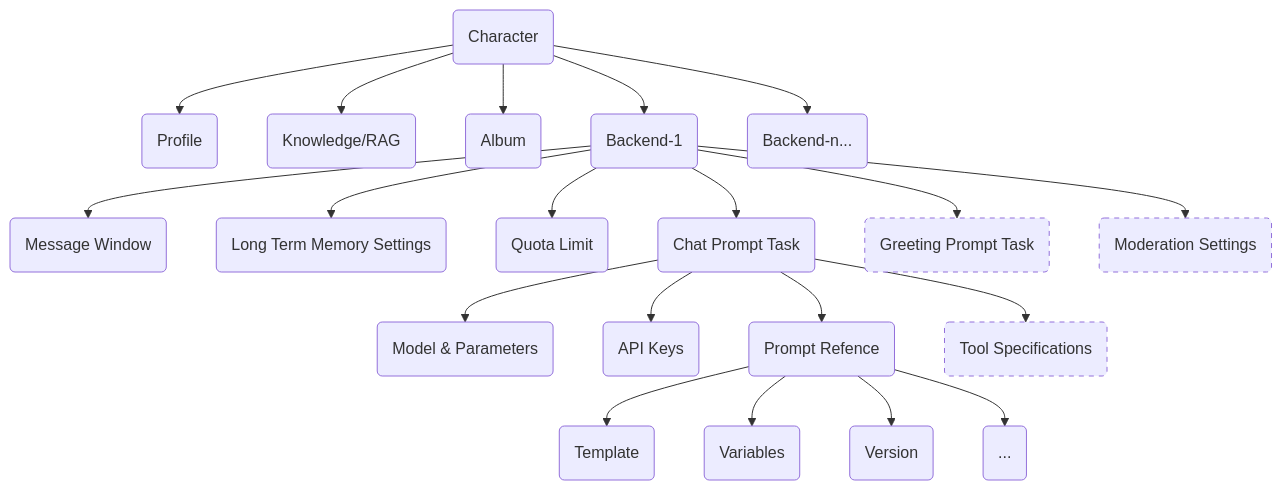
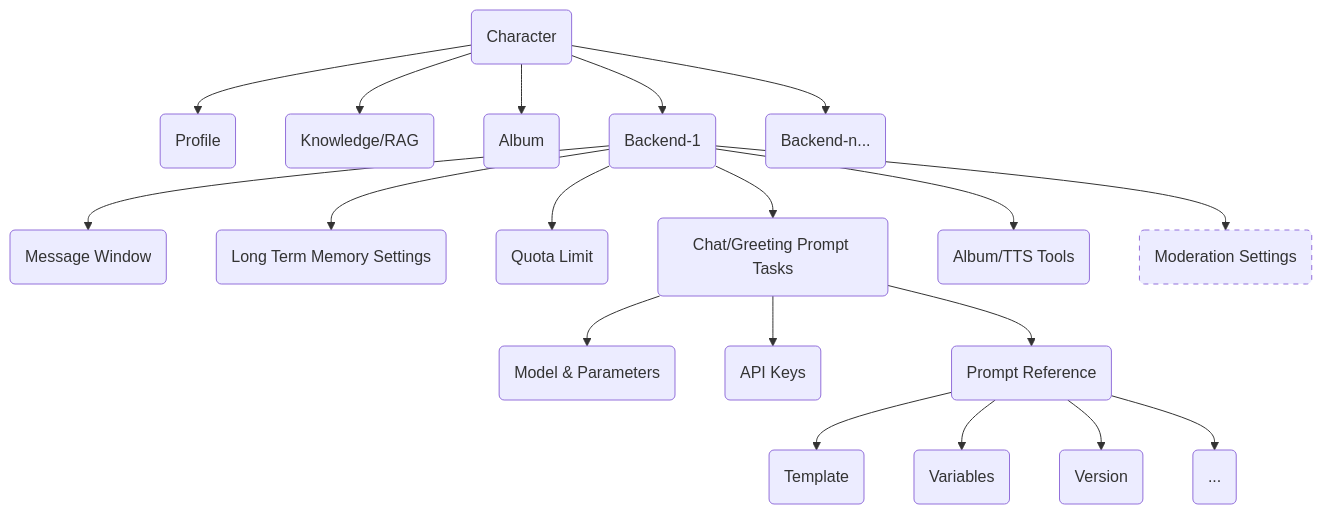
The diagram in freechat-sdk/java/README.md (freechat-fun/freechat), drawn with Mermaid before and after one commit. The commit also changed other lines of this file and 443 other files, not shown here.

````diff
--- a/freechat-sdk/java/README.md
+++ b/freechat-sdk/java/README.md
@@ -46,25 +48,22 @@
 ```mermaid
 flowchart TD
     A(Character) --> B(Profile)
     A --> C(Knowledge/RAG)
     A --> D(Album)
     A --> E(Backend-1)
     A --> F(Backend-n...)
     E --> G(Message Window)
     E --> H(Long Term Memory Settings)
     E --> I(Quota Limit)
-    E --> J(Chat Prompt Task)
-    E --> K(Greeting Prompt Task)
+    E --> J(Chat/Greeting Prompt Tasks)
+    E --> P(Album/TTS Tools)
     E --> L(Moderation Settings)
     J --> M(Model & Parameters)
     J --> N(API Keys)
-    J --> O(Prompt Refence)
-    J --> P(Tool Specifications)
-    O --> Q(Template)
-    O --> R(Variables)
-    O --> S(Version)
-    O --> T(...)
-    style K stroke-dasharray: 5, 5
+    J --> O(Prompt Reference)
+    O --> R(Template)
+    O --> S(Variables)
+    O --> T(Version)
+    O --> U(...)
     style L stroke-dasharray: 5, 5
-    style P stroke-dasharray: 5, 5
 ```
````
